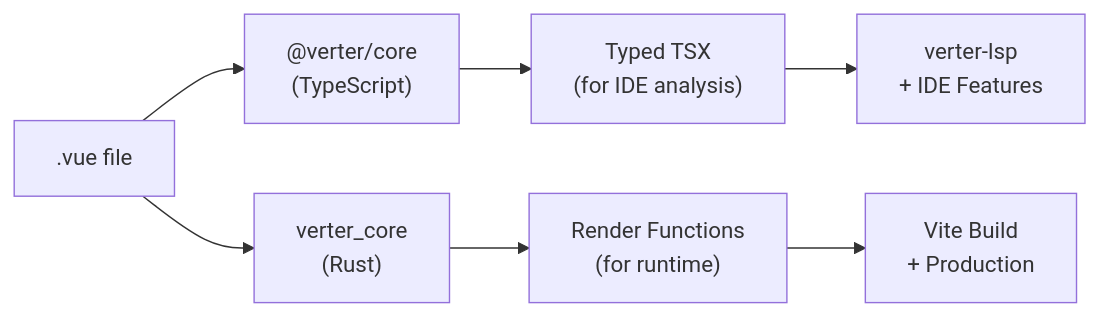
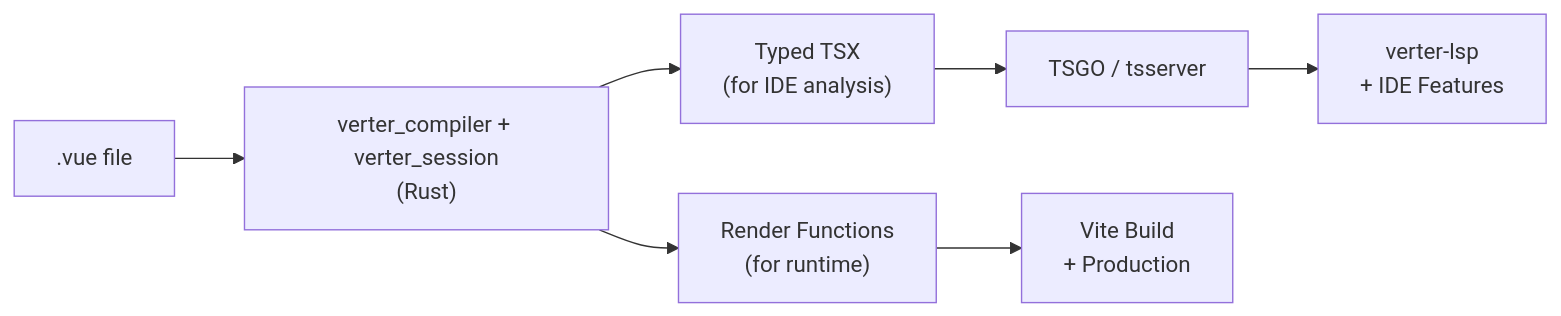
Before and after one commit to pikax/verter: the second of 2 diagrams in docs/guide/index.md, drawn with Mermaid. The commit also changed other lines of this file and 69 other files, not shown here.

First line of the commit message:
docs(release): document supported architecture and limits

````diff
--- a/docs/guide/index.md
+++ b/docs/guide/index.md
@@ -82,9 +81,9 @@
 ```mermaid
 flowchart LR
-    SFC[".vue file"] --> TSCore["@verter/core<br/>(TypeScript)"]
-    SFC --> RustCompiler["verter_core<br/>(Rust)"]
-    TSCore --> TSX["Typed TSX<br/>(for IDE analysis)"]
+    SFC[".vue file"] --> RustCompiler["verter_compiler + verter_session<br/>(Rust)"]
+    RustCompiler --> TSX["Typed TSX<br/>(for IDE analysis)"]
     RustCompiler --> Render["Render Functions<br/>(for runtime)"]
-    TSX --> LSP["verter-lsp<br/>+ IDE Features"]
+    TSX --> Provider["TSGO / tsserver"]
+    Provider --> LSP["verter-lsp<br/>+ IDE Features"]
     Render --> Vite["Vite Build<br/>+ Production"]
 ```
````
